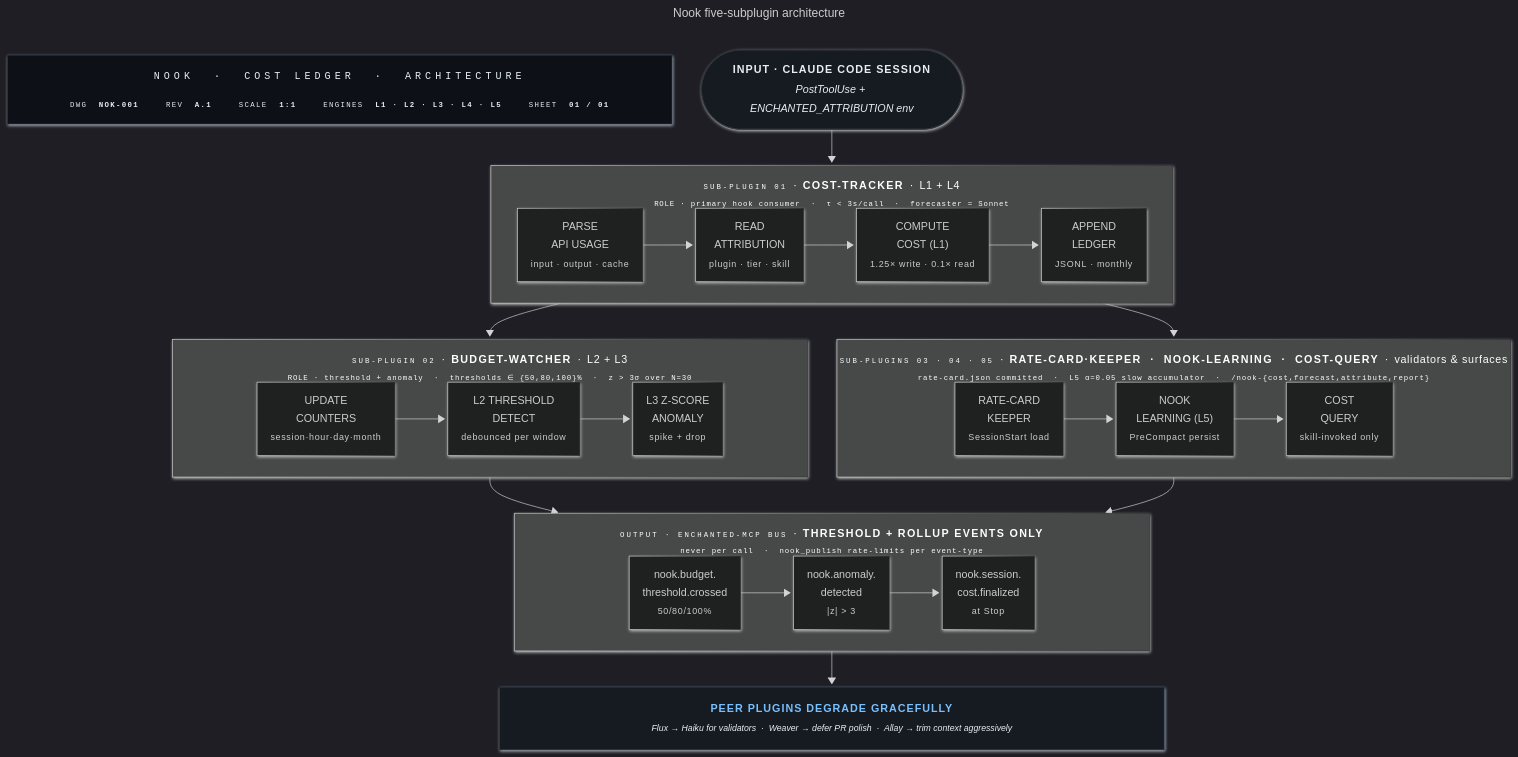
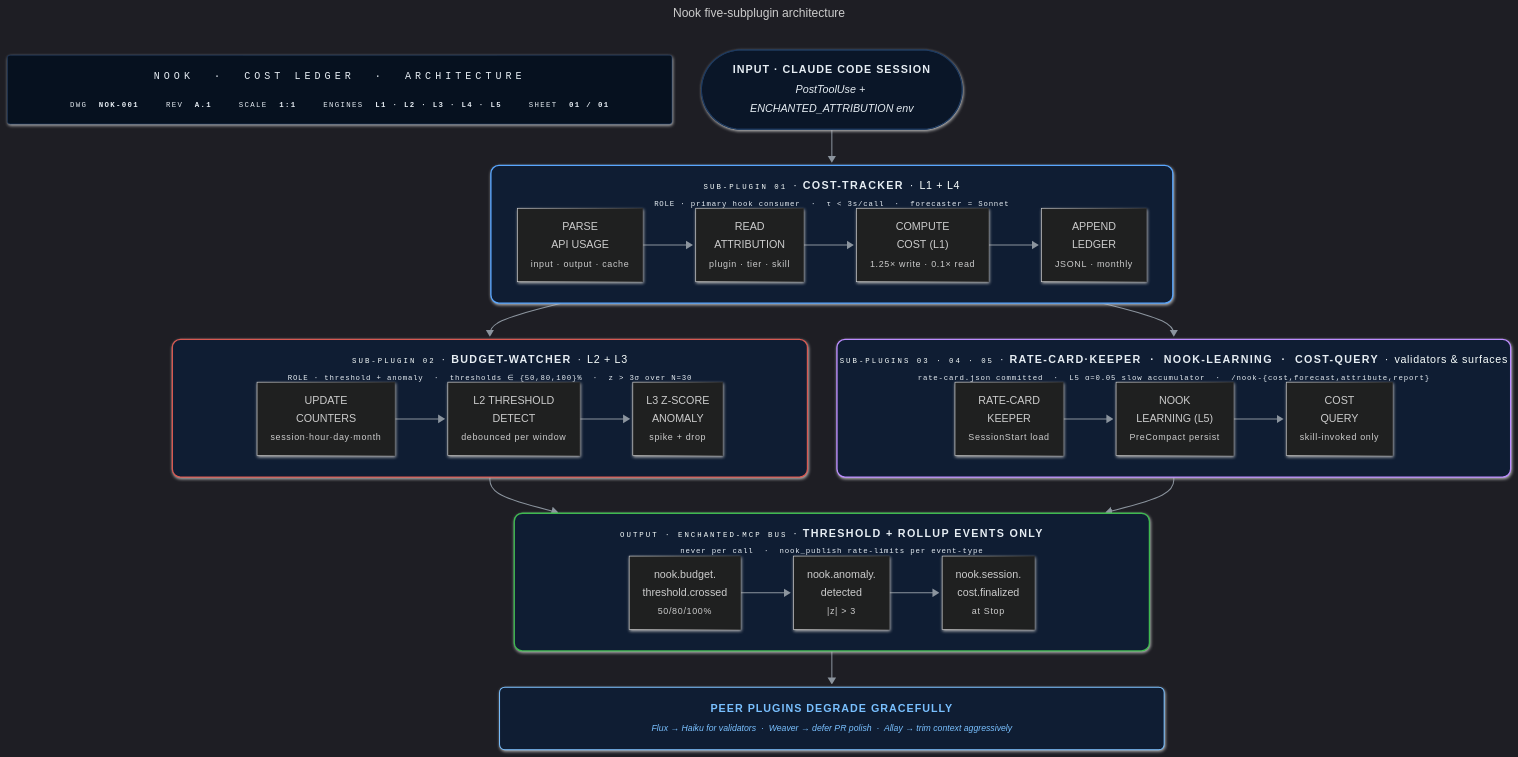
Before and after one commit to enchanted-plugins/pech: the diagram in docs/assets/pipeline.mmd, drawn with Mermaid. The commit also changed 7 other files, not shown here.

First line of the commit message:
docs(assets): add state-flow diagram + color-code pipeline/lifecycle nodes

```diff
--- a/docs/assets/pipeline.mmd
+++ b/docs/assets/pipeline.mmd
@@ -1,56 +1,63 @@
 ---
 title: Nook five-subplugin architecture
 config:
   look: neo
   theme: dark
   flowchart:
     curve: basis
     padding: 18
     nodeSpacing: 44
     rankSpacing: 54
     htmlLabels: true
     subGraphTitleMargin:
       top: 14
       bottom: 18
 ---
 flowchart TB
     TitleBlock["<div style='font-family:ui-monospace,SFMono-Regular,Consolas,monospace;text-align:center;min-width:940px;padding:6px 10px;line-height:1.8'><div style='color:#58a6ff;font-size:15px;letter-spacing:6px;border-bottom:1px solid #1e3a5f;padding-bottom:10px;margin-bottom:10px'>NOOK &nbsp;·&nbsp; COST&nbsp;LEDGER &nbsp;·&nbsp; ARCHITECTURE</div><div style='display:flex;gap:40px;justify-content:center;font-size:11px;color:#8b949e;letter-spacing:2px'><span>DWG&nbsp;&nbsp;<b style='color:#e6edf3'>NOK-001</b></span><span>REV&nbsp;&nbsp;<b style='color:#e6edf3'>A.1</b></span><span>SCALE&nbsp;&nbsp;<b style='color:#e6edf3'>1:1</b></span><span>ENGINES&nbsp;&nbsp;<b style='color:#e6edf3'>L1&nbsp;·&nbsp;L2&nbsp;·&nbsp;L3&nbsp;·&nbsp;L4&nbsp;·&nbsp;L5</b></span><span>SHEET&nbsp;&nbsp;<b style='color:#e6edf3'>01&nbsp;/&nbsp;01</b></span></div></div>"]
 
     Session(["<div style='text-align:center;line-height:1.8;padding:4px 12px'><b style='letter-spacing:1.5px'>INPUT&nbsp;·&nbsp;CLAUDE&nbsp;CODE&nbsp;SESSION</b><br/><em style='color:#8b949e;font-size:13px;font-weight:400'>PostToolUse + ENCHANTED_ATTRIBUTION env</em></div>"])
 
     subgraph Observe["<div style='text-align:center;min-width:940px;line-height:2'><div><span style='font-family:ui-monospace,monospace;color:#8b949e;font-size:11px;letter-spacing:3px'>SUB-PLUGIN&nbsp;01</span>&nbsp;&nbsp;·&nbsp;&nbsp;<b style='letter-spacing:2px'>COST-TRACKER</b>&nbsp;&nbsp;·&nbsp;&nbsp;<span style='color:#58a6ff;letter-spacing:1px'>L1&nbsp;+&nbsp;L4</span></div><div style='color:#6e7681;font-size:11px;font-family:ui-monospace,monospace;letter-spacing:1.2px'>ROLE&nbsp;·&nbsp;primary&nbsp;hook&nbsp;consumer&nbsp;&nbsp;·&nbsp;&nbsp;τ&nbsp;&lt;&nbsp;3s/call&nbsp;&nbsp;·&nbsp;&nbsp;forecaster&nbsp;=&nbsp;Sonnet</div></div>"]
         direction LR
         parse["<div style='text-align:center;line-height:1.7;padding:2px 4px'>PARSE<br/>API&nbsp;USAGE<br/><small style='color:#6e7681;letter-spacing:1px'>input&nbsp;·&nbsp;output&nbsp;·&nbsp;cache</small></div>"] --> attr["<div style='text-align:center;line-height:1.7;padding:2px 4px'>READ<br/>ATTRIBUTION<br/><small style='color:#6e7681;letter-spacing:1px'>plugin&nbsp;·&nbsp;tier&nbsp;·&nbsp;skill</small></div>"] --> cost["<div style='text-align:center;line-height:1.7;padding:2px 4px'>COMPUTE<br/>COST&nbsp;(L1)<br/><small style='color:#6e7681;letter-spacing:1px'>1.25×&nbsp;write&nbsp;·&nbsp;0.1×&nbsp;read</small></div>"] --> ledger["<div style='text-align:center;line-height:1.7;padding:2px 4px'>APPEND<br/>LEDGER<br/><small style='color:#6e7681;letter-spacing:1px'>JSONL&nbsp;·&nbsp;monthly</small></div>"]
     end
 
     subgraph Guard["<div style='text-align:center;min-width:940px;line-height:2'><div><span style='font-family:ui-monospace,monospace;color:#8b949e;font-size:11px;letter-spacing:3px'>SUB-PLUGIN&nbsp;02</span>&nbsp;&nbsp;·&nbsp;&nbsp;<b style='letter-spacing:2px'>BUDGET-WATCHER</b>&nbsp;&nbsp;·&nbsp;&nbsp;<span style='color:#3fb950;letter-spacing:1px'>L2&nbsp;+&nbsp;L3</span></div><div style='color:#6e7681;font-size:11px;font-family:ui-monospace,monospace;letter-spacing:1.2px'>ROLE&nbsp;·&nbsp;threshold&nbsp;+&nbsp;anomaly&nbsp;&nbsp;·&nbsp;&nbsp;thresholds&nbsp;∈&nbsp;{50,80,100}%&nbsp;&nbsp;·&nbsp;&nbsp;z&nbsp;&gt;&nbsp;3σ&nbsp;over&nbsp;N=30</div></div>"]
         direction LR
         counters["<div style='text-align:center;line-height:1.7;padding:2px 4px'>UPDATE<br/>COUNTERS<br/><small style='color:#6e7681;letter-spacing:1px'>session·hour·day·month</small></div>"] --> threshold["<div style='text-align:center;line-height:1.7;padding:2px 4px'>L2&nbsp;THRESHOLD<br/>DETECT<br/><small style='color:#6e7681;letter-spacing:1px'>debounced&nbsp;per&nbsp;window</small></div>"] --> anomaly["<div style='text-align:center;line-height:1.7;padding:2px 4px'>L3&nbsp;Z-SCORE<br/>ANOMALY<br/><small style='color:#6e7681;letter-spacing:1px'>spike&nbsp;+&nbsp;drop</small></div>"]
     end
 
     subgraph Support["<div style='text-align:center;min-width:940px;line-height:2'><div><span style='font-family:ui-monospace,monospace;color:#8b949e;font-size:11px;letter-spacing:3px'>SUB-PLUGINS&nbsp;03&nbsp;·&nbsp;04&nbsp;·&nbsp;05</span>&nbsp;&nbsp;·&nbsp;&nbsp;<b style='letter-spacing:2px'>RATE-CARD·KEEPER&nbsp;&nbsp;·&nbsp;&nbsp;NOOK-LEARNING&nbsp;&nbsp;·&nbsp;&nbsp;COST-QUERY</b>&nbsp;&nbsp;·&nbsp;&nbsp;<span style='color:#bc8cff;letter-spacing:1px'>validators&nbsp;&amp;&nbsp;surfaces</span></div><div style='color:#6e7681;font-size:11px;font-family:ui-monospace,monospace;letter-spacing:1.2px'>rate-card.json&nbsp;committed&nbsp;&nbsp;·&nbsp;&nbsp;L5&nbsp;α=0.05&nbsp;slow&nbsp;accumulator&nbsp;&nbsp;·&nbsp;&nbsp;/nook-{cost,forecast,attribute,report}</div></div>"]
         direction LR
         ratecard["<div style='text-align:center;line-height:1.7;padding:2px 4px'>RATE-CARD<br/>KEEPER<br/><small style='color:#6e7681;letter-spacing:1px'>SessionStart&nbsp;load</small></div>"] --> learn["<div style='text-align:center;line-height:1.7;padding:2px 4px'>NOOK<br/>LEARNING&nbsp;(L5)<br/><small style='color:#6e7681;letter-spacing:1px'>PreCompact&nbsp;persist</small></div>"] --> query["<div style='text-align:center;line-height:1.7;padding:2px 4px'>COST<br/>QUERY<br/><small style='color:#6e7681;letter-spacing:1px'>skill-invoked&nbsp;only</small></div>"]
     end
 
     subgraph Bus["<div style='text-align:center;min-width:940px;line-height:2'><div><span style='font-family:ui-monospace,monospace;color:#8b949e;font-size:11px;letter-spacing:3px'>OUTPUT&nbsp;·&nbsp;ENCHANTED-MCP&nbsp;BUS</span>&nbsp;&nbsp;·&nbsp;&nbsp;<b style='letter-spacing:2px'>THRESHOLD&nbsp;+&nbsp;ROLLUP&nbsp;EVENTS&nbsp;ONLY</b></div><div style='color:#6e7681;font-size:11px;font-family:ui-monospace,monospace;letter-spacing:1.2px'>never&nbsp;per&nbsp;call&nbsp;&nbsp;·&nbsp;&nbsp;nook_publish&nbsp;rate-limits&nbsp;per&nbsp;event-type</div></div>"]
         direction LR
         evt1["<div style='text-align:center;line-height:1.7;padding:2px 4px'>nook.budget.<br/>threshold.crossed<br/><small style='color:#6e7681;letter-spacing:1px'>50/80/100%</small></div>"] --> evt2["<div style='text-align:center;line-height:1.7;padding:2px 4px'>nook.anomaly.<br/>detected<br/><small style='color:#6e7681;letter-spacing:1px'>|z|&nbsp;&gt;&nbsp;3</small></div>"] --> evt3["<div style='text-align:center;line-height:1.7;padding:2px 4px'>nook.session.<br/>cost.finalized<br/><small style='color:#6e7681;letter-spacing:1px'>at&nbsp;Stop</small></div>"]
     end
 
     Peers["<div style='text-align:center;min-width:940px;line-height:1.8;padding:6px 10px'><b style='letter-spacing:1.5px;color:#79c0ff'>PEER&nbsp;PLUGINS&nbsp;DEGRADE&nbsp;GRACEFULLY</b><br/><em style='color:#8b949e;font-size:13px;font-weight:400'>Flux → Haiku for validators &nbsp;·&nbsp; Weaver → defer PR polish &nbsp;·&nbsp; Allay → trim context aggressively</em></div>"]
 
     Session --> Observe
     Observe --> Guard
     Observe --> Support
     Guard --> Bus
     Support --> Bus
     Bus --> Peers
 
-    classDef titleBlock fill:#0d1117,stroke:#1e3a5f,stroke-width:1px,color:#e6edf3
-    classDef session fill:#161b22,stroke:#30363d,stroke-width:1px,color:#e6edf3
-    classDef peers fill:#161b22,stroke:#1e3a5f,stroke-width:1px,color:#e6edf3
+    classDef titleBlock fill:#06111f,stroke:#1e3a5f,stroke-width:1px,color:#e6edf3,rx:4,ry:4
+    classDef session fill:#0a1628,stroke:#1e3a5f,stroke-width:1.5px,color:#e6edf3,rx:10,ry:10
+    classDef peers fill:#0f1d33,stroke:#79c0ff,stroke-width:1.5px,color:#79c0ff,rx:8,ry:8
 
     class TitleBlock titleBlock
     class Session session
     class Peers peers
+
+    style Observe fill:#0f1d33,stroke:#58a6ff,stroke-width:2px,color:#e6edf3,rx:12,ry:12
+    style Guard fill:#0f1d33,stroke:#d75952,stroke-width:2px,color:#e6edf3,rx:12,ry:12
+    style Support fill:#0f1d33,stroke:#bc8cff,stroke-width:2px,color:#e6edf3,rx:12,ry:12
+    style Bus fill:#0f1d33,stroke:#3fb950,stroke-width:2px,color:#e6edf3,rx:12,ry:12
+
+    linkStyle default stroke:#8b949e,stroke-width:1.5px
```
